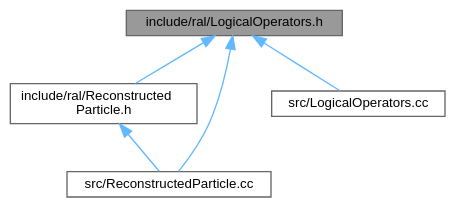
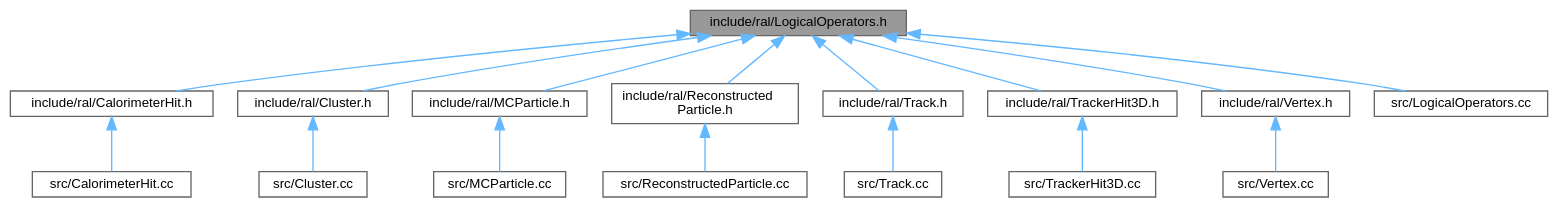
Before and after one commit to kjvbrt/ral: the diagram in docs/LogicalOperators_8h__dep__incl.dot, drawn with Graphviz. The commit also changed 131 other files, not shown here.

```diff
--- a/docs/LogicalOperators_8h__dep__incl.dot
+++ b/docs/LogicalOperators_8h__dep__incl.dot
@@ -1,15 +1,38 @@
 digraph "include/ral/LogicalOperators.h"
 {
  // LATEX_PDF_SIZE
   bgcolor="transparent";
   edge [fontname=Helvetica,fontsize=10,labelfontname=Helvetica,labelfontsize=10];
   node [fontname=Helvetica,fontsize=10,shape=box,height=0.2,width=0.4];
   Node1 [id="Node000001",label="include/ral/LogicalOperators.h",height=0.2,width=0.4,color="gray40", fillcolor="grey60", style="filled", fontcolor="black",tooltip=" "];
   Node1 -> Node2 [id="edge1_Node000001_Node000002",dir="back",color="steelblue1",style="solid",tooltip=" "];
-  Node2 [id="Node000002",label="include/ral/Reconstructed\lParticle.h",height=0.2,width=0.4,color="grey40", fillcolor="white", style="filled",URL="$ReconstructedParticle_8h.html",tooltip=" "];
+  Node2 [id="Node000002",label="include/ral/CalorimeterHit.h",height=0.2,width=0.4,color="grey40", fillcolor="white", style="filled",URL="$CalorimeterHit_8h.html",tooltip=" "];
   Node2 -> Node3 [id="edge2_Node000002_Node000003",dir="back",color="steelblue1",style="solid",tooltip=" "];
-  Node3 [id="Node000003",label="src/ReconstructedParticle.cc",height=0.2,width=0.4,color="grey40", fillcolor="white", style="filled",URL="$ReconstructedParticle_8cc.html",tooltip=" "];
+  Node3 [id="Node000003",label="src/CalorimeterHit.cc",height=0.2,width=0.4,color="grey40", fillcolor="white", style="filled",URL="$CalorimeterHit_8cc.html",tooltip=" "];
   Node1 -> Node4 [id="edge3_Node000001_Node000004",dir="back",color="steelblue1",style="solid",tooltip=" "];
-  Node4 [id="Node000004",label="src/LogicalOperators.cc",height=0.2,width=0.4,color="grey40", fillcolor="white", style="filled",URL="$LogicalOperators_8cc.html",tooltip=" "];
-  Node1 -> Node3 [id="edge4_Node000001_Node000003",dir="back",color="steelblue1",style="solid",tooltip=" "];
+  Node4 [id="Node000004",label="include/ral/Cluster.h",height=0.2,width=0.4,color="grey40", fillcolor="white", style="filled",URL="$Cluster_8h.html",tooltip=" "];
+  Node4 -> Node5 [id="edge4_Node000004_Node000005",dir="back",color="steelblue1",style="solid",tooltip=" "];
+  Node5 [id="Node000005",label="src/Cluster.cc",height=0.2,width=0.4,color="grey40", fillcolor="white", style="filled",URL="$Cluster_8cc.html",tooltip=" "];
+  Node1 -> Node6 [id="edge5_Node000001_Node000006",dir="back",color="steelblue1",style="solid",tooltip=" "];
+  Node6 [id="Node000006",label="include/ral/MCParticle.h",height=0.2,width=0.4,color="grey40", fillcolor="white", style="filled",URL="$MCParticle_8h.html",tooltip=" "];
+  Node6 -> Node7 [id="edge6_Node000006_Node000007",dir="back",color="steelblue1",style="solid",tooltip=" "];
+  Node7 [id="Node000007",label="src/MCParticle.cc",height=0.2,width=0.4,color="grey40", fillcolor="white", style="filled",URL="$MCParticle_8cc.html",tooltip=" "];
+  Node1 -> Node8 [id="edge7_Node000001_Node000008",dir="back",color="steelblue1",style="solid",tooltip=" "];
+  Node8 [id="Node000008",label="include/ral/Reconstructed\lParticle.h",height=0.2,width=0.4,color="grey40", fillcolor="white", style="filled",URL="$ReconstructedParticle_8h.html",tooltip=" "];
+  Node8 -> Node9 [id="edge8_Node000008_Node000009",dir="back",color="steelblue1",style="solid",tooltip=" "];
+  Node9 [id="Node000009",label="src/ReconstructedParticle.cc",height=0.2,width=0.4,color="grey40", fillcolor="white", style="filled",URL="$ReconstructedParticle_8cc.html",tooltip=" "];
+  Node1 -> Node10 [id="edge9_Node000001_Node000010",dir="back",color="steelblue1",style="solid",tooltip=" "];
+  Node10 [id="Node000010",label="include/ral/Track.h",height=0.2,width=0.4,color="grey40", fillcolor="white", style="filled",URL="$Track_8h.html",tooltip=" "];
+  Node10 -> Node11 [id="edge10_Node000010_Node000011",dir="back",color="steelblue1",style="solid",tooltip=" "];
+  Node11 [id="Node000011",label="src/Track.cc",height=0.2,width=0.4,color="grey40", fillcolor="white", style="filled",URL="$Track_8cc.html",tooltip=" "];
+  Node1 -> Node12 [id="edge11_Node000001_Node000012",dir="back",color="steelblue1",style="solid",tooltip=" "];
+  Node12 [id="Node000012",label="include/ral/TrackerHit3D.h",height=0.2,width=0.4,color="grey40", fillcolor="white", style="filled",URL="$TrackerHit3D_8h.html",tooltip=" "];
+  Node12 -> Node13 [id="edge12_Node000012_Node000013",dir="back",color="steelblue1",style="solid",tooltip=" "];
+  Node13 [id="Node000013",label="src/TrackerHit3D.cc",height=0.2,width=0.4,color="grey40", fillcolor="white", style="filled",URL="$TrackerHit3D_8cc.html",tooltip=" "];
+  Node1 -> Node14 [id="edge13_Node000001_Node000014",dir="back",color="steelblue1",style="solid",tooltip=" "];
+  Node14 [id="Node000014",label="include/ral/Vertex.h",height=0.2,width=0.4,color="grey40", fillcolor="white", style="filled",URL="$Vertex_8h.html",tooltip=" "];
+  Node14 -> Node15 [id="edge14_Node000014_Node000015",dir="back",color="steelblue1",style="solid",tooltip=" "];
+  Node15 [id="Node000015",label="src/Vertex.cc",height=0.2,width=0.4,color="grey40", fillcolor="white", style="filled",URL="$Vertex_8cc.html",tooltip=" "];
+  Node1 -> Node16 [id="edge15_Node000001_Node000016",dir="back",color="steelblue1",style="solid",tooltip=" "];
+  Node16 [id="Node000016",label="src/LogicalOperators.cc",height=0.2,width=0.4,color="grey40", fillcolor="white", style="filled",URL="$LogicalOperators_8cc.html",tooltip=" "];
 }
```
